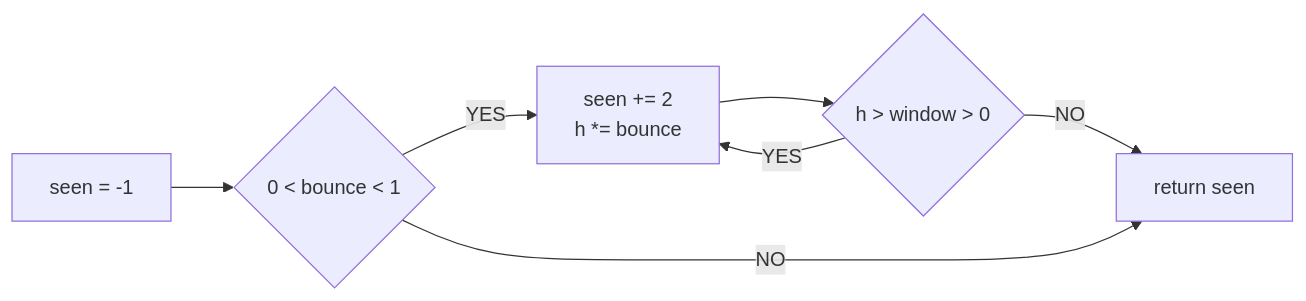
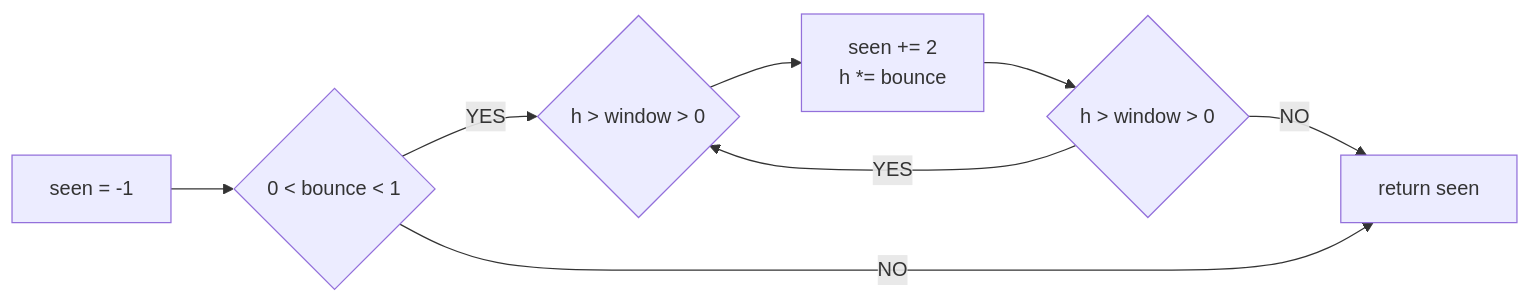
The third of 5 diagrams in zhangkao/experiment2.md (zhangkaoaizhongguo/zhangkao), drawn with Mermaid before and after one commit. The commit also changed other lines of this file and 4 other files, not shown here.

````diff
--- a/zhangkao/experiment2.md
+++ b/zhangkao/experiment2.md
@@ -224,11 +224,13 @@
 ```mermaid
 flowchart LR
 A[seen = -1] --> B{0 < bounce < 1};
-B -->|YES|C[seen += 2
+B -->|YES|C{h > window > 0};
+C -->F[seen += 2
             h *= bounce];
-C -->F{h > window > 0};
-F -->|YES|C;
-F -->|NO|E;
+
+F -->f{h > window > 0};
+f-->|YES|C;
+f-->|NO|E;
 B -->|NO|E[return seen];
 
 ```
````
